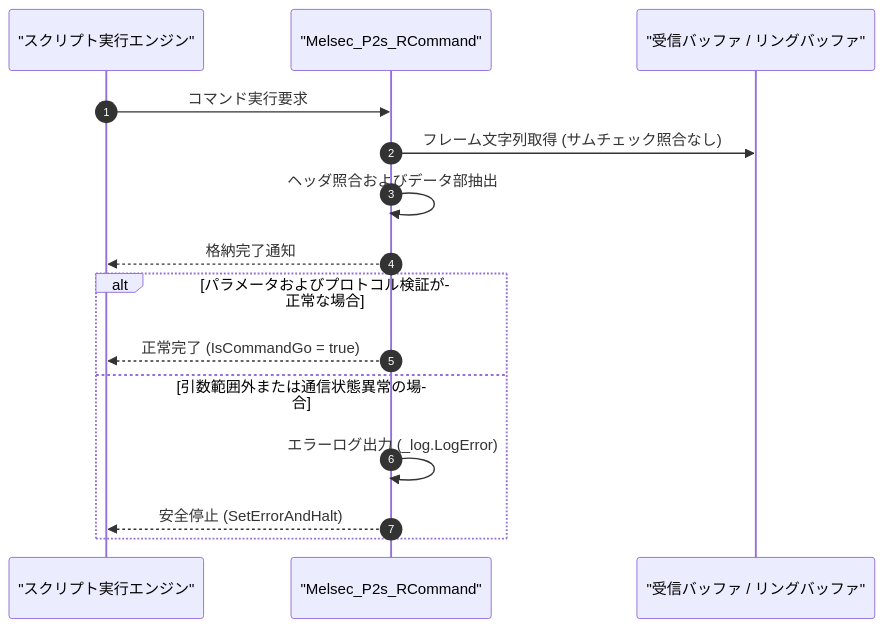
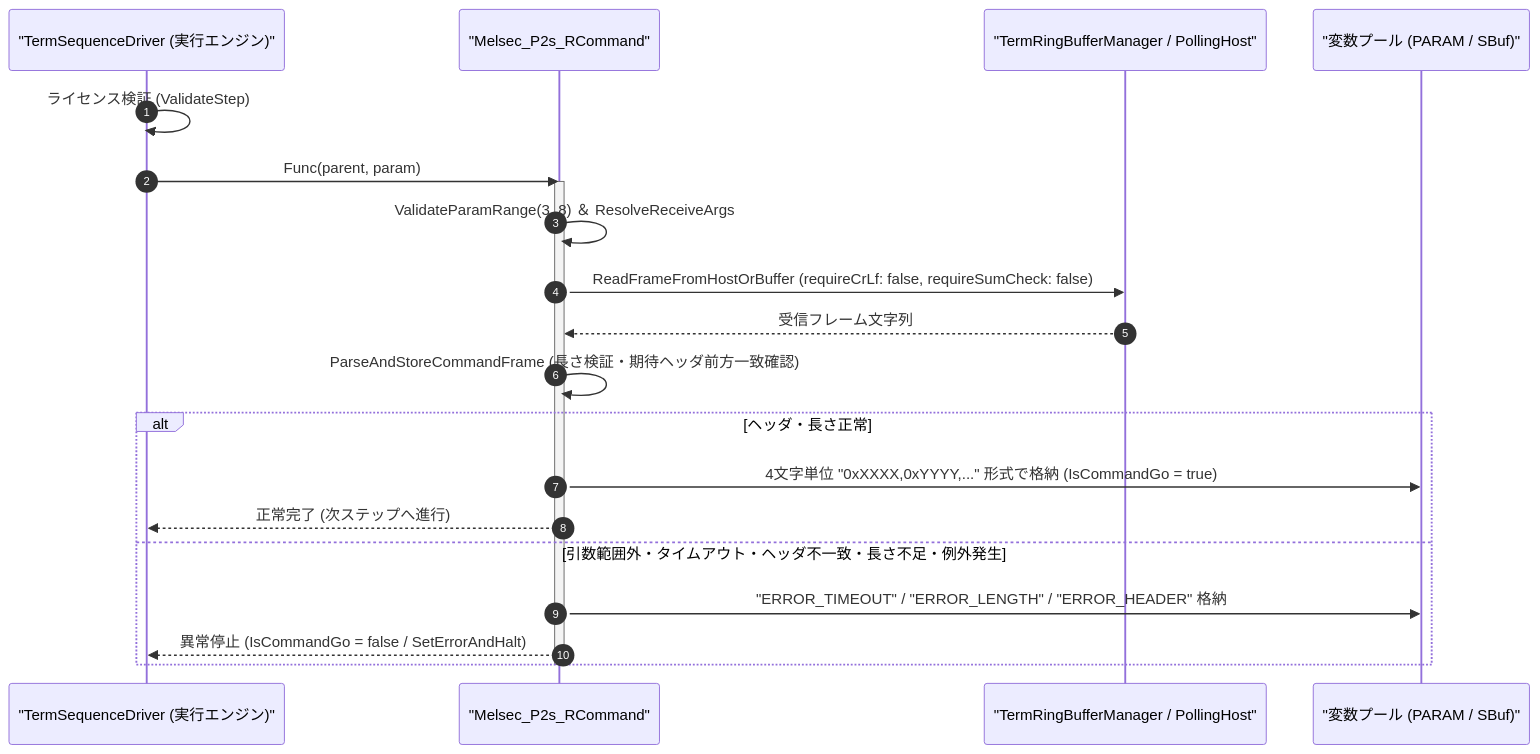
The diagram in Manual/Melco/Melsec_P2s_R.Md (Monaca-App/TermAddIn), drawn with Mermaid before and after one commit. The commit also changed other lines of this file and 157 other files, not shown here.

````diff
--- a/Manual/Melco/Melsec_P2s_R.Md
+++ b/Manual/Melco/Melsec_P2s_R.Md
@@ -62,18 +75,24 @@
 ```mermaid
 sequenceDiagram
     autonumber
-    participant Script as "スクリプト実行エンジン"
+    participant Driver as "TermSequenceDriver (実行エンジン)"
     participant Cmd as "Melsec_P2s_RCommand"
-    participant Buffer as "受信バッファ / リングバッファ"
+    participant Buffer as "TermRingBufferManager / PollingHost"
+    participant Var as "変数プール (PARAM / SBuf)"
 
-    Script->>Cmd: コマンド実行要求
-    Cmd->>Buffer: フレーム文字列取得 (サムチェック照合なし)
-    Cmd->>Cmd: ヘッダ照合およびデータ部抽出
-    Cmd-->>Script: 格納完了通知
-    alt パラメータおよびプロトコル検証が正常な場合
-        Cmd-->>Script: 正常完了 (IsCommandGo = true)
-    else 引数範囲外または通信状態異常の場合
-        Cmd->>Cmd: エラーログ出力 (_log.LogError)
-        Cmd-->>Script: 安全停止 (SetErrorAndHalt)
+    Driver->>Driver: ライセンス検証 (ValidateStep)
+    Driver->>Cmd: Func(parent, param)
+    activate Cmd
+    Cmd->>Cmd: ValidateParamRange(3, 8) ＆ ResolveReceiveArgs
+    Cmd->>Buffer: ReadFrameFromHostOrBuffer (requireCrLf: false, requireSumCheck: false)
+    Buffer-->>Cmd: 受信フレーム文字列
+    Cmd->>Cmd: ParseAndStoreCommandFrame (長さ検証・期待ヘッダ前方一致確認)
+    alt ヘッダ・長さ正常
+        Cmd->>Var: 4文字単位 "0xXXXX,0xYYYY,..." 形式で格納 (IsCommandGo = true)
+        Cmd-->>Driver: 正常完了 (次ステップへ進行)
+    else 引数範囲外・タイムアウト・ヘッダ不一致・長さ不足・例外発生
+        Cmd->>Var: "ERROR_TIMEOUT" / "ERROR_LENGTH" / "ERROR_HEADER" 格納
+        Cmd-->>Driver: 異常停止 (IsCommandGo = false / SetErrorAndHalt)
     end
+    deactivate Cmd
 ```
````
